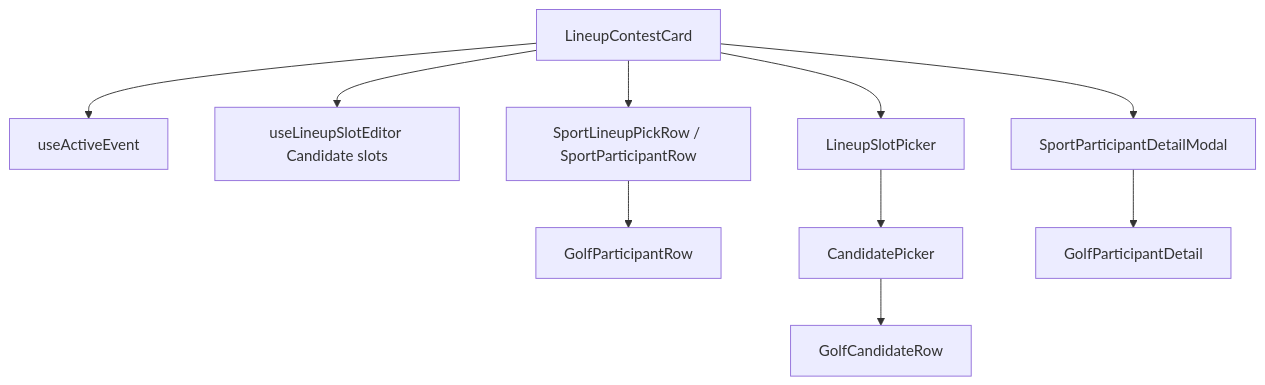
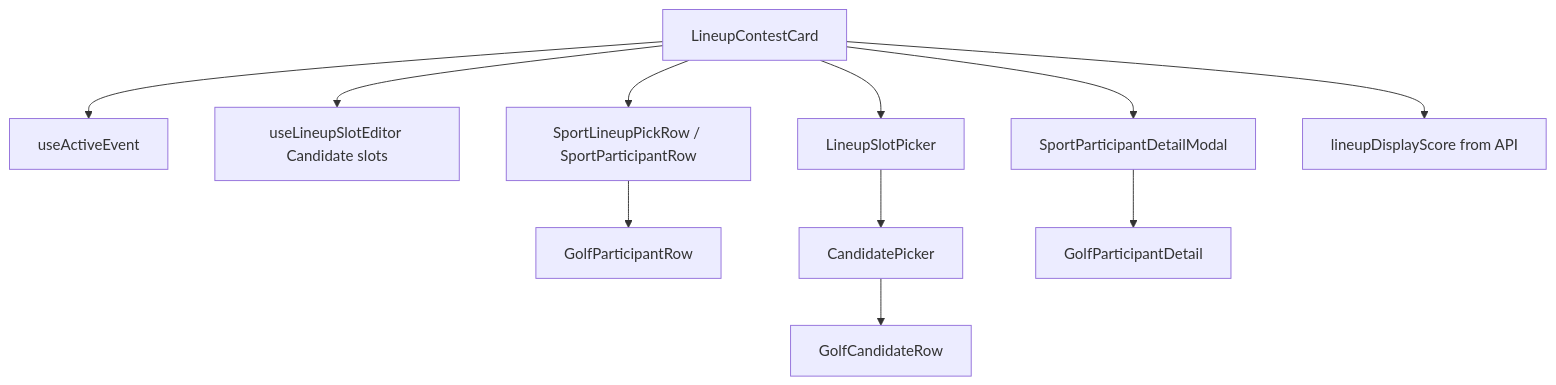
One commit to MagRelo/cut changed the diagram in spec/client/component-structure.md. Above: the diagram before and after it, drawn with Mermaid. The commit also changed other lines of this file and 9 other files, not shown here.

First line of the commit message:
Refactor platform architecture and enhance sport-specific components

````diff
--- a/spec/client/component-structure.md
+++ b/spec/client/component-structure.md
@@ -128,12 +122,13 @@
 ```mermaid
 flowchart TD
   Card[LineupContestCard] --> AE[useActiveEvent]
   Card --> Editor[useLineupSlotEditor Candidate slots]
   Card --> SPR[SportLineupPickRow / SportParticipantRow]
   SPR --> Plugin[GolfParticipantRow]
   Card --> LSP[LineupSlotPicker]
   LSP --> CP[CandidatePicker]
   CP --> CR[GolfCandidateRow]
   Card --> PDF[SportParticipantDetailModal]
   PDF --> PD[GolfParticipantDetail]
+  Card --> Score[lineupDisplayScore from API]
 ```
````
